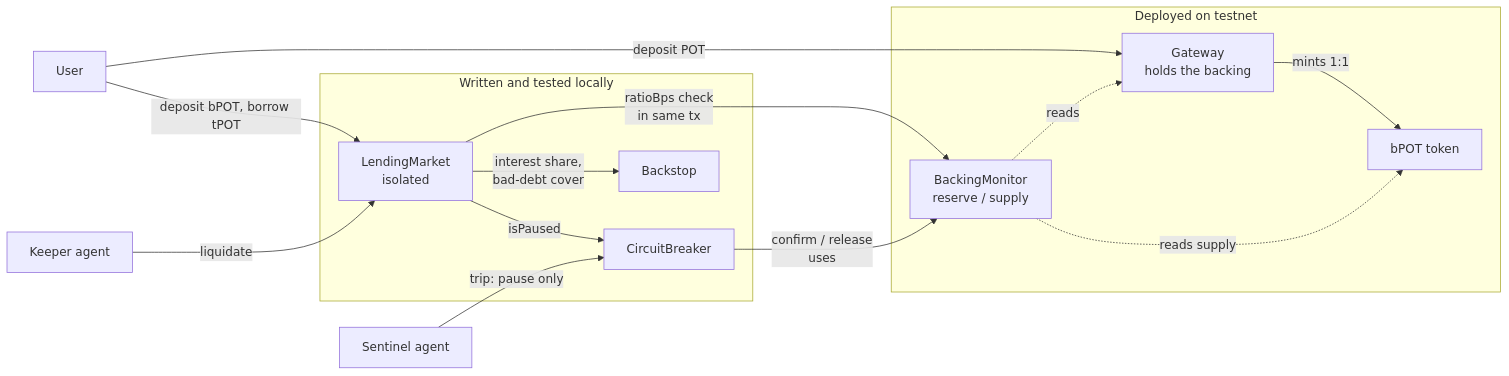
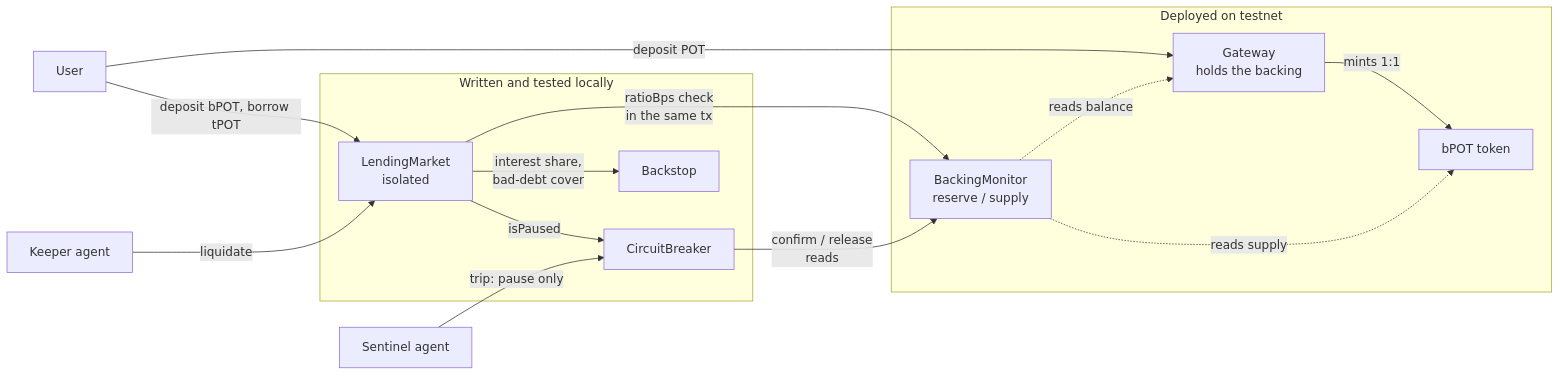
The first of 3 diagrams in README.md (Rohitamalraj/DotProof), drawn with Mermaid before and after one commit. The commit also changed other lines of this file, not shown here.

First line of the commit message:
docs: restructure README around problem, solution, architecture and sequence flows

````diff
--- a/README.md
+++ b/README.md
@@ -24,27 +146,27 @@
 ```mermaid
 flowchart LR
     U[User] -- deposit POT --> G[Gateway<br/>holds the backing]
     G -- mints 1:1 --> B[bPOT token]
-    M[BackingMonitor<br/>reserve / supply] -. reads .-> G
+    M[BackingMonitor<br/>reserve / supply] -. reads balance .-> G
     M -. reads supply .-> B
 
     U -- deposit bPOT, borrow tPOT --> L[LendingMarket<br/>isolated]
-    L -- ratioBps check<br/>in same tx --> M
+    L -- ratioBps check<br/>in the same tx --> M
     L -- isPaused --> CB[CircuitBreaker]
-    CB -- confirm / release<br/>uses --> M
+    CB -- confirm / release<br/>reads --> M
     L -- interest share,<br/>bad-debt cover --> BS[Backstop]
 
     S[Sentinel agent] -- trip: pause only --> CB
     K[Keeper agent] -- liquidate --> L
 
     subgraph Deployed on testnet
       G
       B
       M
     end
     subgraph Written and tested locally
       L
       CB
       BS
     end
 ```
````
